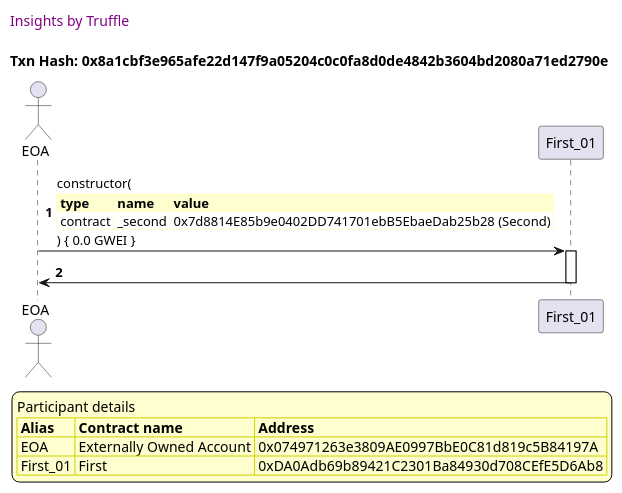
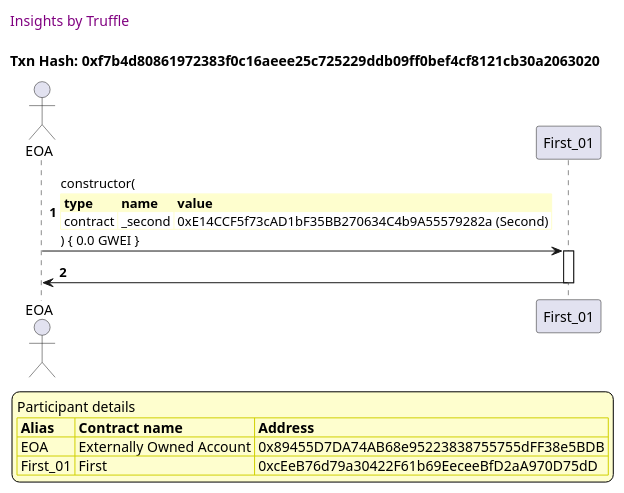
Before and after one commit to trufflesuite/txlog-seedlings: the second of 8 diagrams in truffle-seq/basics.md, drawn with PlantUML. The commit also changed other lines of this file and 8 other files, not shown here.

````diff
--- a/truffle-seq/basics.md
+++ b/truffle-seq/basics.md
@@ -56,40 +56,40 @@
 ```plantuml
 
 
 @startuml
 
 autonumber
 skinparam legendBackgroundColor #FEFECE
 
 <style>
       header {
         HorizontalAlignment left
         FontColor purple
         FontSize 14
         Padding 10
       }
     </style>
 
 header Insights by Truffle
 
-title Txn Hash: 0x8a1cbf3e965afe22d147f9a05204c0c0fa8d0de4842b3604bd2080a71ed2790e
+title Txn Hash: 0xf7b4d80861972383f0c16aeee25c725229ddb09ff0bef4cf8121cb30a2063020
 
 
 actor EOA as "EOA"
 participant First_01 as "First_01"
 
 "EOA" -> "First_01" ++: constructor(\n\
 <#FEFECE,#FEFECE>|= type |= name |= value |\n\
-| contract | _second | 0x7d8814E85b9e0402DD741701ebB5EbaeDab25b28 (Second) |\n\
+| contract | _second | 0xE14CCF5f73cAD1bF35BB270634C4b9A55579282a (Second) |\n\
 ) { 0.0 GWEI }
 "First_01" -> "EOA" --: 
 
 legend
 Participant details
 <#FEFECE,#D0D000>|= Alias |= Contract name |= Address |
-<#FEFECE>| EOA | Externally Owned Account | 0x074971263e3809AE0997BbE0C81d819c5B84197A |
-<#FEFECE>| First_01 | First | 0xDA0Adb69b89421C2301Ba84930d708CEfE5D6Ab8 |
+<#FEFECE>| EOA | Externally Owned Account | 0x89455D7DA74AB68e95223838755755dFF38e5BDB |
+<#FEFECE>| First_01 | First | 0xcEeB76d79a30422F61b69EeceeBfD2aA970D75dD |
 endlegend
 
 @enduml
 ```
````
